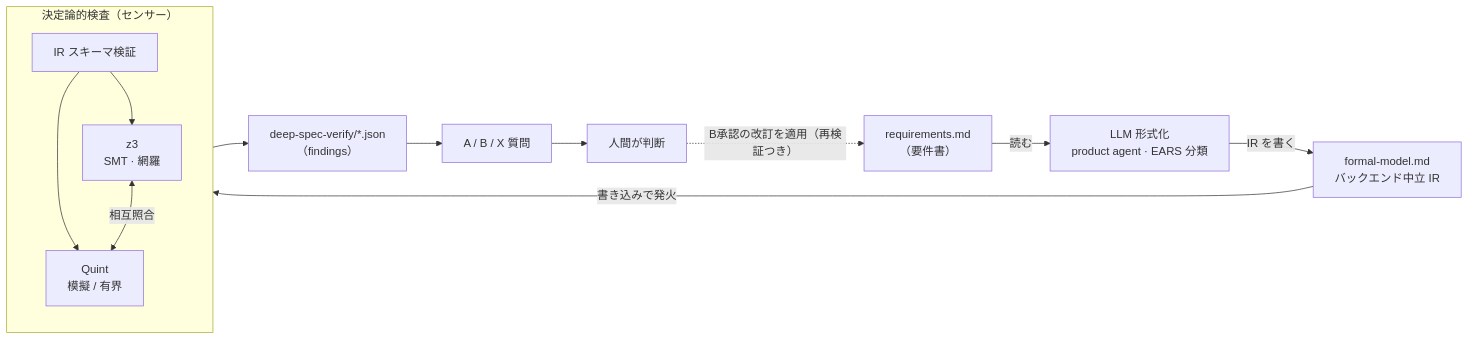
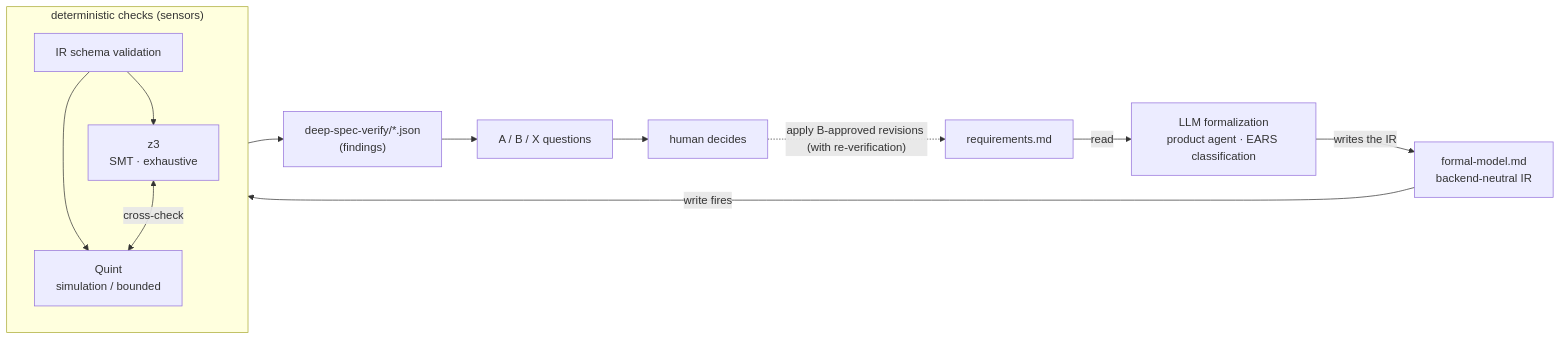
The first of 2 diagrams in docs/architecture.md (amadeus-dlc/aidlc-deep-spec-analysis-plugin), drawn with Mermaid before and after one commit. The commit also changed other lines of this file and 11 other files, not shown here.

````diff
--- a/docs/architecture.md
+++ b/docs/architecture.md
@@ -13,24 +15,24 @@
 ```mermaid
 flowchart LR
-    REQ["requirements.md<br/>（要件書）"]
-    LLM["LLM 形式化<br/>product agent · EARS 分類"]
-    IR["formal-model.md<br/>バックエンド中立 IR"]
-    subgraph SENSORS["決定論的検査（センサー）"]
-        VAL["IR スキーマ検証"]
-        Z3["z3<br/>SMT · 網羅"]
-        QUINT["Quint<br/>模擬 / 有界"]
+    REQ["requirements.md"]
+    LLM["LLM formalization<br/>product agent · EARS classification"]
+    IR["formal-model.md<br/>backend-neutral IR"]
+    subgraph SENSORS["deterministic checks (sensors)"]
+        VAL["IR schema validation"]
+        Z3["z3<br/>SMT · exhaustive"]
+        QUINT["Quint<br/>simulation / bounded"]
         VAL --> Z3
         VAL --> QUINT
-        Z3 <-->|相互照合| QUINT
+        Z3 <-->|cross-check| QUINT
     end
-    FIND["deep-spec-verify/*.json<br/>（findings）"]
-    ABX["A / B / X 質問"]
-    HUMAN["人間が判断"]
-    REQ -->|読む| LLM
-    LLM -->|IR を書く| IR
-    IR -->|書き込みで発火| SENSORS
+    FIND["deep-spec-verify/*.json<br/>(findings)"]
+    ABX["A / B / X questions"]
+    HUMAN["human decides"]
+    REQ -->|read| LLM
+    LLM -->|writes the IR| IR
+    IR -->|write fires| SENSORS
     SENSORS --> FIND
     FIND --> ABX
     ABX --> HUMAN
-    HUMAN -.->|"B承認の改訂を適用（再検証つき）"| REQ
+    HUMAN -.->|"apply B-approved revisions (with re-verification)"| REQ
 ```
````
